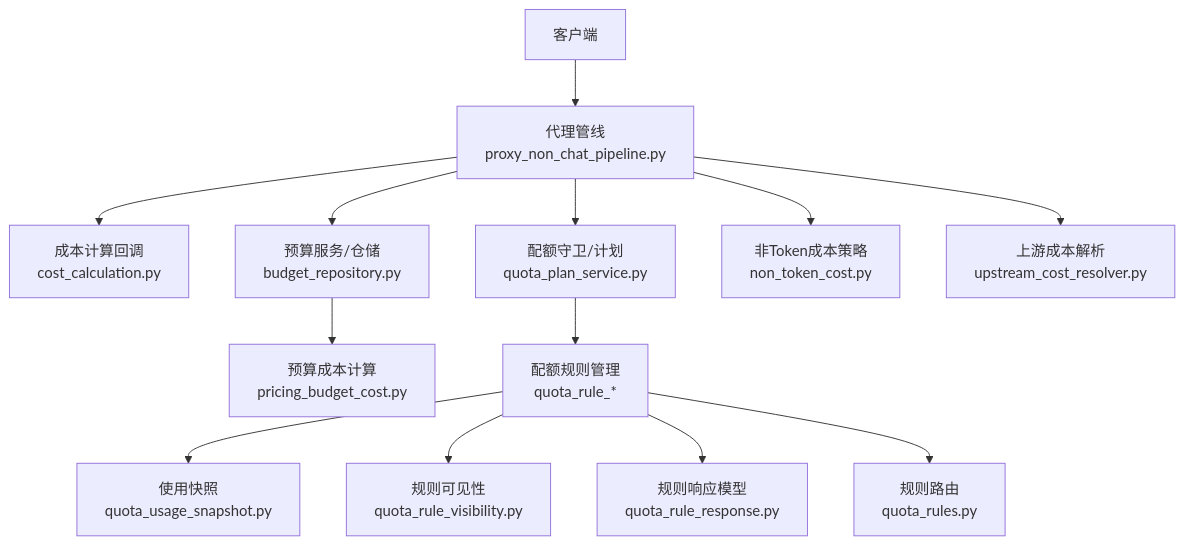
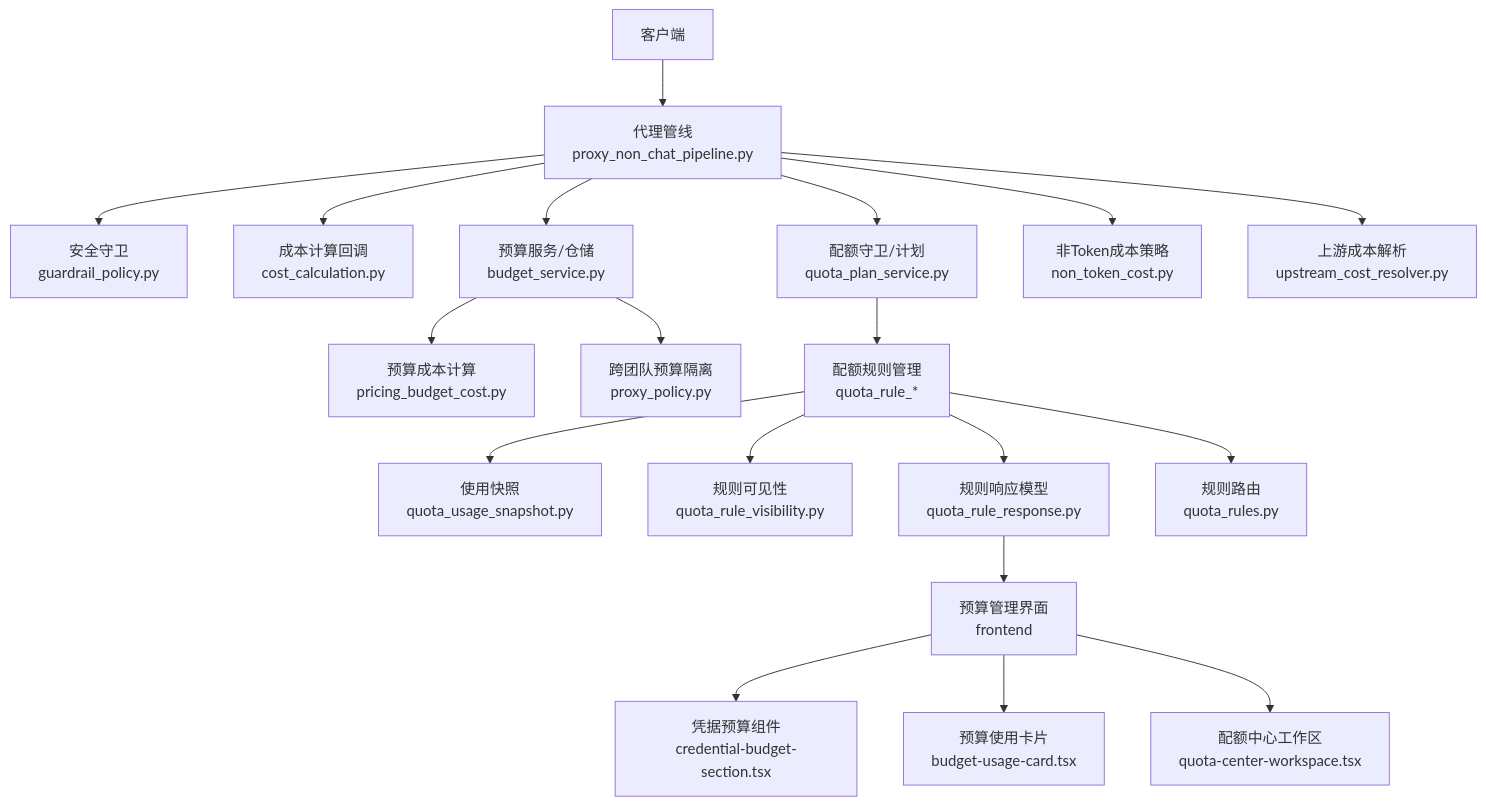
The second of 9 diagrams in .qoder/repowiki/zh/content/网关服务架构/成本控制与配额.md (tianyehedashu/ai-agent), drawn with Mermaid before and after one commit. The commit also changed other lines of this file and 25 other files, not shown here.

First line of the commit message:
feat(gateway): pricing partial index, team member filter & quota batch from rule

````diff
--- a/.qoder/repowiki/zh/content/网关服务架构/成本控制与配额.md
+++ b/.qoder/repowiki/zh/content/网关服务架构/成本控制与配额.md
@@ -186,15 +252,21 @@
 ```mermaid
 graph TB
 Client["客户端"] --> Proxy["代理管线<br/>proxy_non_chat_pipeline.py"]
+Proxy --> Guard["安全守卫<br/>guardrail_policy.py"]
 Proxy --> CostCalc["成本计算回调<br/>cost_calculation.py"]
-Proxy --> BudgetSvc["预算服务/仓储<br/>budget_repository.py"]
+Proxy --> BudgetSvc["预算服务/仓储<br/>budget_service.py"]
 Proxy --> Entitlement["配额守卫/计划<br/>quota_plan_service.py"]
 Proxy --> NonToken["非Token成本策略<br/>non_token_cost.py"]
 Proxy --> UpstreamCost["上游成本解析<br/>upstream_cost_resolver.py"]
 BudgetSvc --> Pricing["预算成本计算<br/>pricing_budget_cost.py"]
+BudgetSvc --> CrossTeam["跨团队预算隔离<br/>proxy_policy.py"]
 Entitlement --> Rules["配额规则管理<br/>quota_rule_*"]
 Rules --> Snapshot["使用快照<br/>quota_usage_snapshot.py"]
 Rules --> Visibility["规则可见性<br/>quota_rule_visibility.py"]
 Rules --> Response["规则响应模型<br/>quota_rule_response.py"]
 Rules --> Router["规则路由<br/>quota_rules.py"]
+Response --> Frontend["预算管理界面<br/>frontend"]
+Frontend --> CredentialSection["凭据预算组件<br/>credential-budget-section.tsx"]
+Frontend --> UsageCard["预算使用卡片<br/>budget-usage-card.tsx"]
+Frontend --> QuotaCenter["配额中心工作区<br/>quota-center-workspace.tsx"]
 ```
````
